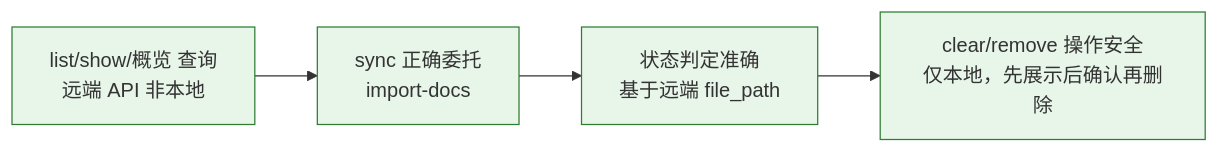
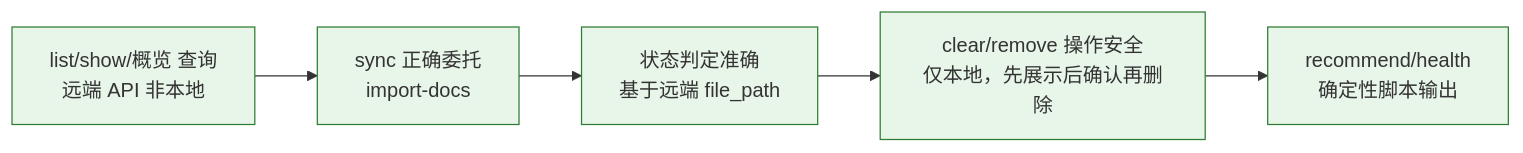
Diagram 14 of 15 in skills/rui-story/SKILL.md (effiy/YrY), drawn with Mermaid before and after one commit. The commit also changed other lines of this file and 9 other files, not shown here.

````diff
--- a/skills/rui-story/SKILL.md
+++ b/skills/rui-story/SKILL.md
@@ -428,9 +521,10 @@
 ```mermaid
 flowchart LR
     F1["list/show/概览 查询<br/>远端 API 非本地"]:::sig
     F1 --> F2["sync 正确委托<br/>import-docs"]:::sig
     F2 --> F3["状态判定准确<br/>基于远端 file_path"]:::sig
     F3 --> F4["clear/remove 操作安全<br/>仅本地，先展示后确认再删除"]:::sig
+    F4 --> F5["recommend/health<br/>确定性脚本输出"]:::sig
 
     classDef sig fill:#e8f5e9,stroke:#2e7d32;
 ```
````
